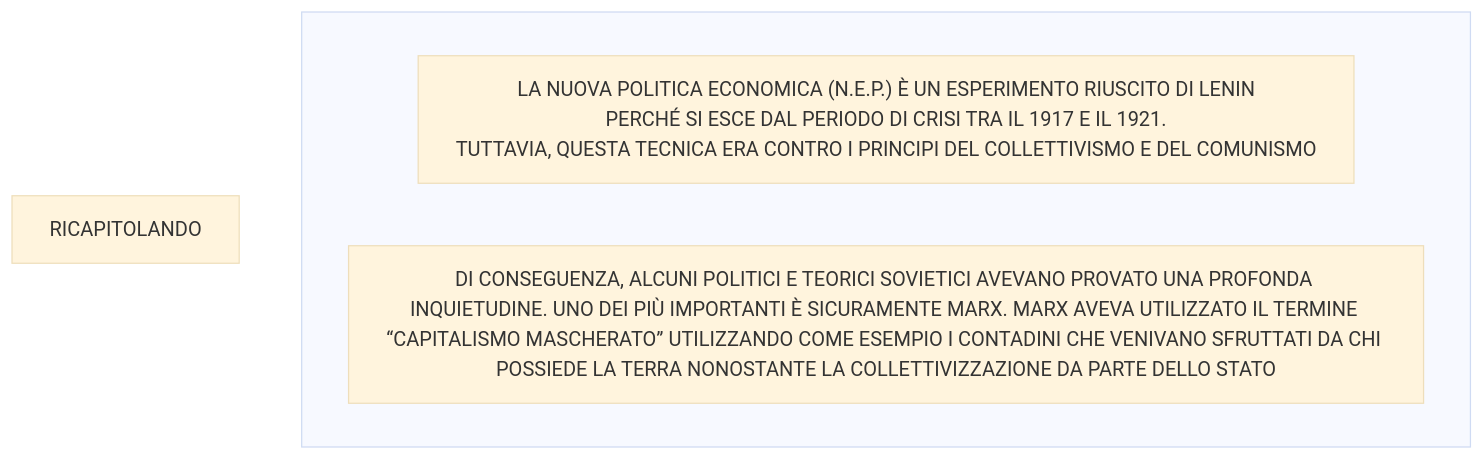
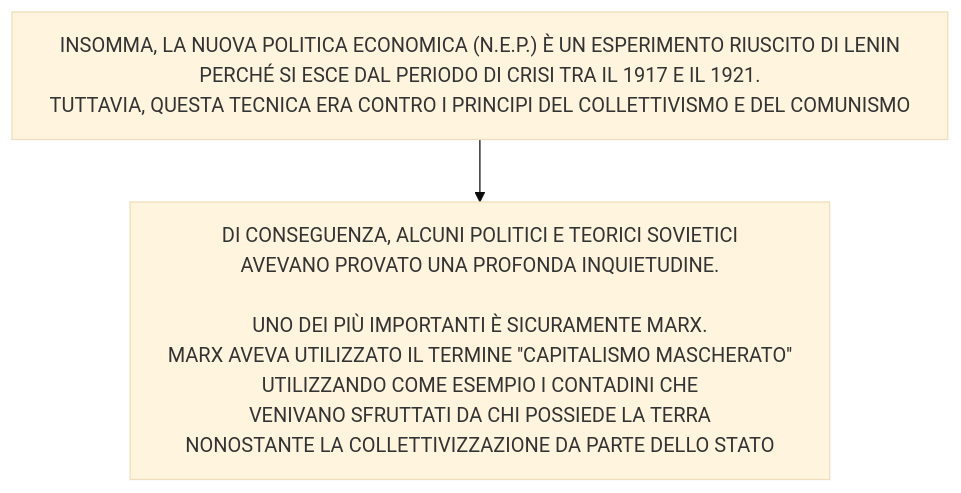
Diagram 21 of 22 in stalinismoRiscrittura.md (Laaouatni/ricerca-storia-MermaidJS), drawn with Mermaid (base theme) before and after one commit.

````diff
--- a/stalinismoRiscrittura.md
+++ b/stalinismoRiscrittura.md
@@ -410,9 +410,7 @@
 ```mermaid
 %%{init: { "flowchart": { "wrappingWidth": 800 } }}%%
 flowchart TB
-  0[RICAPITOLANDO]
-  subgraph 1[" "]
-    2["LA NUOVA POLITICA ECONOMICA (N.E.P.) È UN ESPERIMENTO RIUSCITO DI LENIN <BR>PERCHÉ SI ESCE DAL PERIODO DI CRISI TRA IL 1917 E IL 1921. <BR>TUTTAVIA, QUESTA TECNICA ERA CONTRO I PRINCIPI DEL COLLETTIVISMO E DEL COMUNISMO"]
-    3["DI CONSEGUENZA, ALCUNI POLITICI E TEORICI SOVIETICI AVEVANO PROVATO UNA PROFONDA INQUIETUDINE. UNO DEI PIÙ IMPORTANTI È SICURAMENTE MARX. MARX AVEVA UTILIZZATO IL TERMINE “CAPITALISMO MASCHERATO” UTILIZZANDO COME ESEMPIO I CONTADINI CHE VENIVANO SFRUTTATI DA CHI POSSIEDE LA TERRA NONOSTANTE LA COLLETTIVIZZAZIONE DA PARTE DELLO STATO"]
-  end
+  2["INSOMMA, LA NUOVA POLITICA ECONOMICA (N.E.P.) È UN ESPERIMENTO RIUSCITO DI LENIN <BR>PERCHÉ SI ESCE DAL PERIODO DI CRISI TRA IL 1917 E IL 1921. <BR>TUTTAVIA, QUESTA TECNICA ERA CONTRO I PRINCIPI DEL COLLETTIVISMO E DEL COMUNISMO"]
+  3[DI CONSEGUENZA, ALCUNI POLITICI E TEORICI SOVIETICI <br>AVEVANO PROVATO UNA PROFONDA INQUIETUDINE. <br><br>UNO DEI PIÙ IMPORTANTI È SICURAMENTE MARX. <br>MARX AVEVA UTILIZZATO IL TERMINE ''CAPITALISMO MASCHERATO'' <br>UTILIZZANDO COME ESEMPIO I CONTADINI CHE <br>VENIVANO SFRUTTATI DA CHI POSSIEDE LA TERRA<br> NONOSTANTE LA COLLETTIVIZZAZIONE DA PARTE DELLO STATO]
+  2 --> 3
 ```
````
